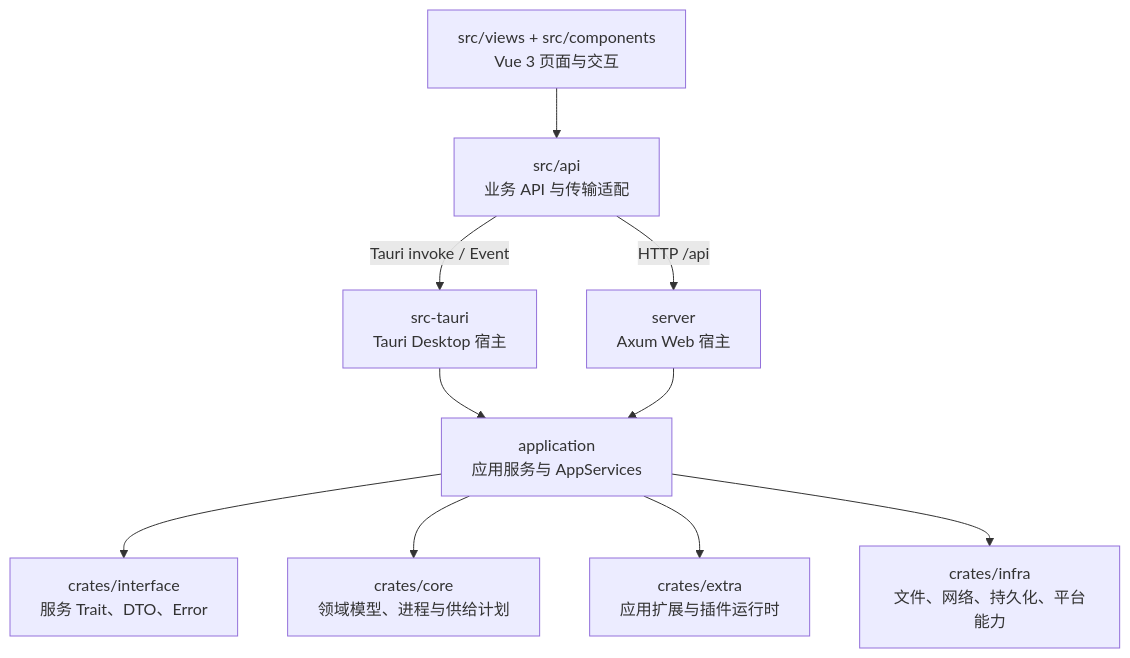
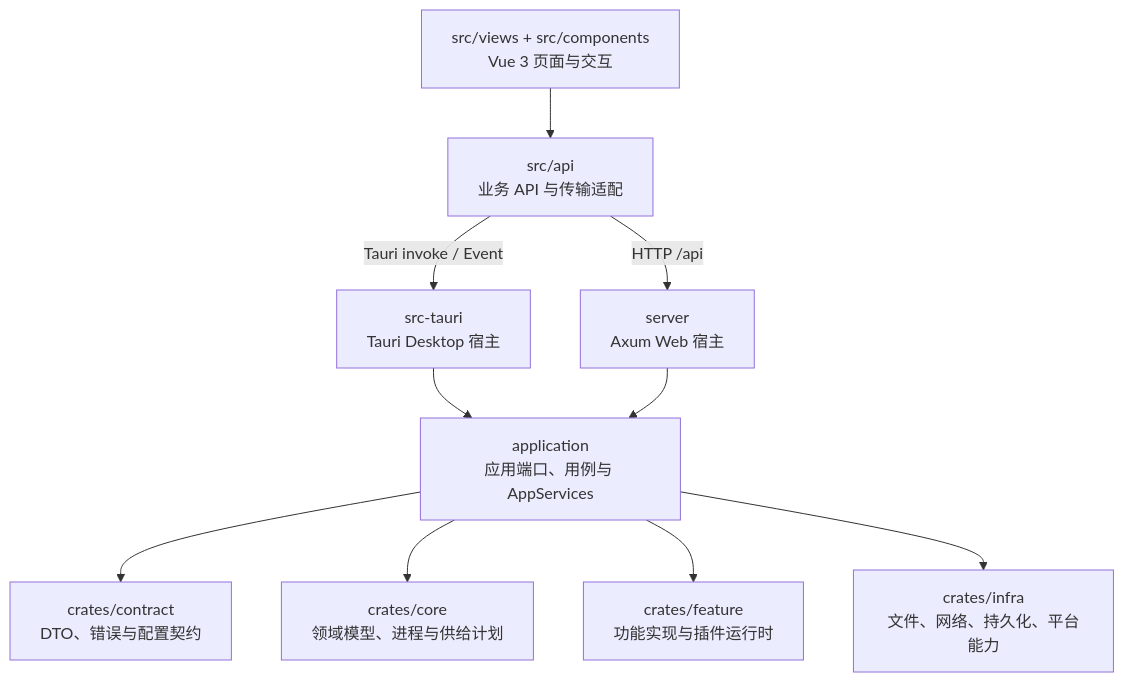
One commit to CmzYa/SeaLantern changed the diagram in docs/design/architecture.md. Above: the diagram before and after it, drawn with Mermaid. The commit also changed other lines of this file and 238 other files, not shown here.

````diff
--- a/docs/design/architecture.md
+++ b/docs/design/architecture.md
@@ -7,24 +7,24 @@
 ```mermaid
 flowchart TD
     UI["src/views + src/components<br/>Vue 3 页面与交互"]
     API["src/api<br/>业务 API 与传输适配"]
 
     Tauri["src-tauri<br/>Tauri Desktop 宿主"]
     Web["server<br/>Axum Web 宿主"]
 
-    App["application<br/>应用服务与 AppServices"]
-    Interface["crates/interface<br/>服务 Trait、DTO、Error"]
+    App["application<br/>应用端口、用例与 AppServices"]
+    Contract["crates/contract<br/>DTO、错误与配置契约"]
     Core["crates/core<br/>领域模型、进程与供给计划"]
-    Extra["crates/extra<br/>应用扩展与插件运行时"]
+    Feature["crates/feature<br/>功能实现与插件运行时"]
     Infra["crates/infra<br/>文件、网络、持久化、平台能力"]
 
     UI --> API
     API -->|Tauri invoke / Event| Tauri
     API -->|HTTP /api| Web
     Tauri --> App
     Web --> App
-    App --> Interface
+    App --> Contract
     App --> Core
-    App --> Extra
+    App --> Feature
     App --> Infra
 ```
````
